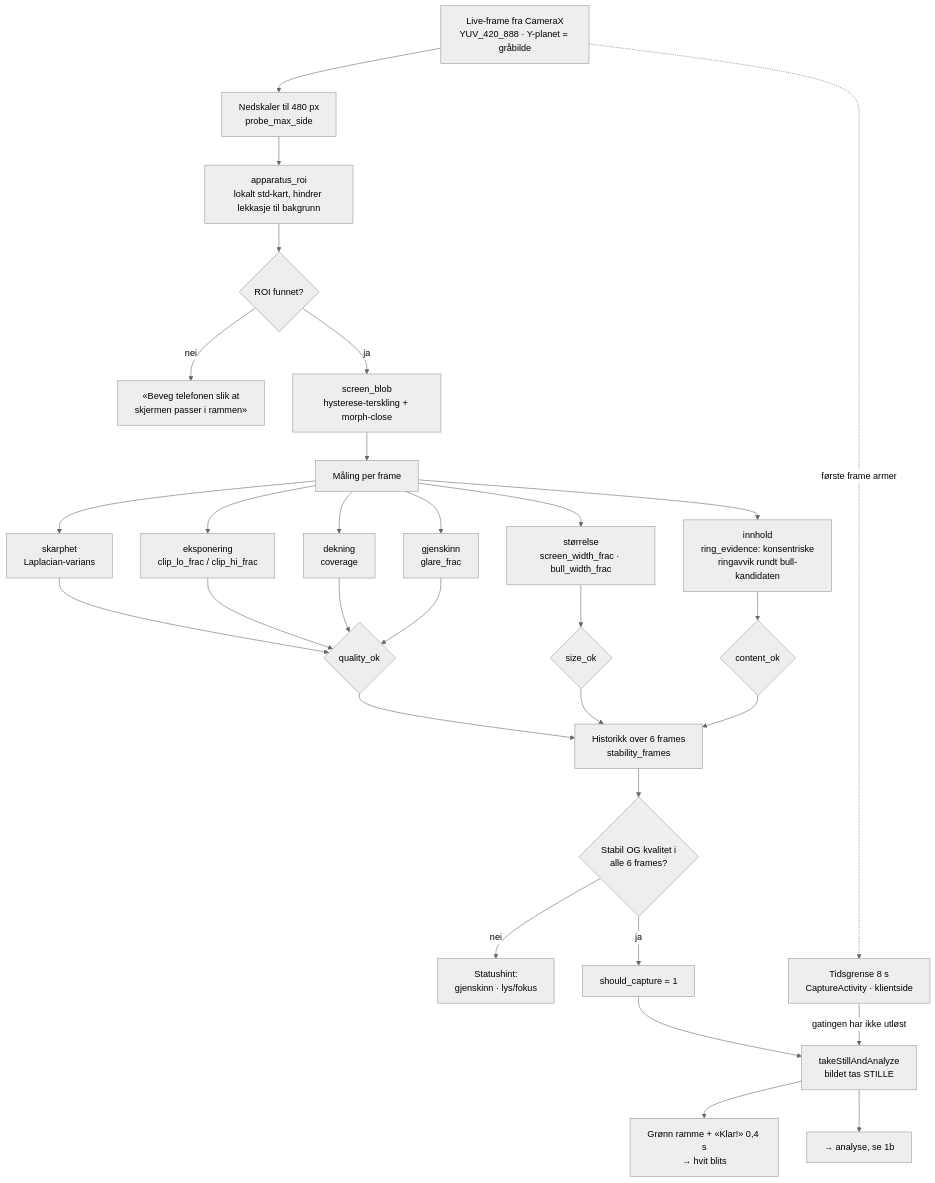
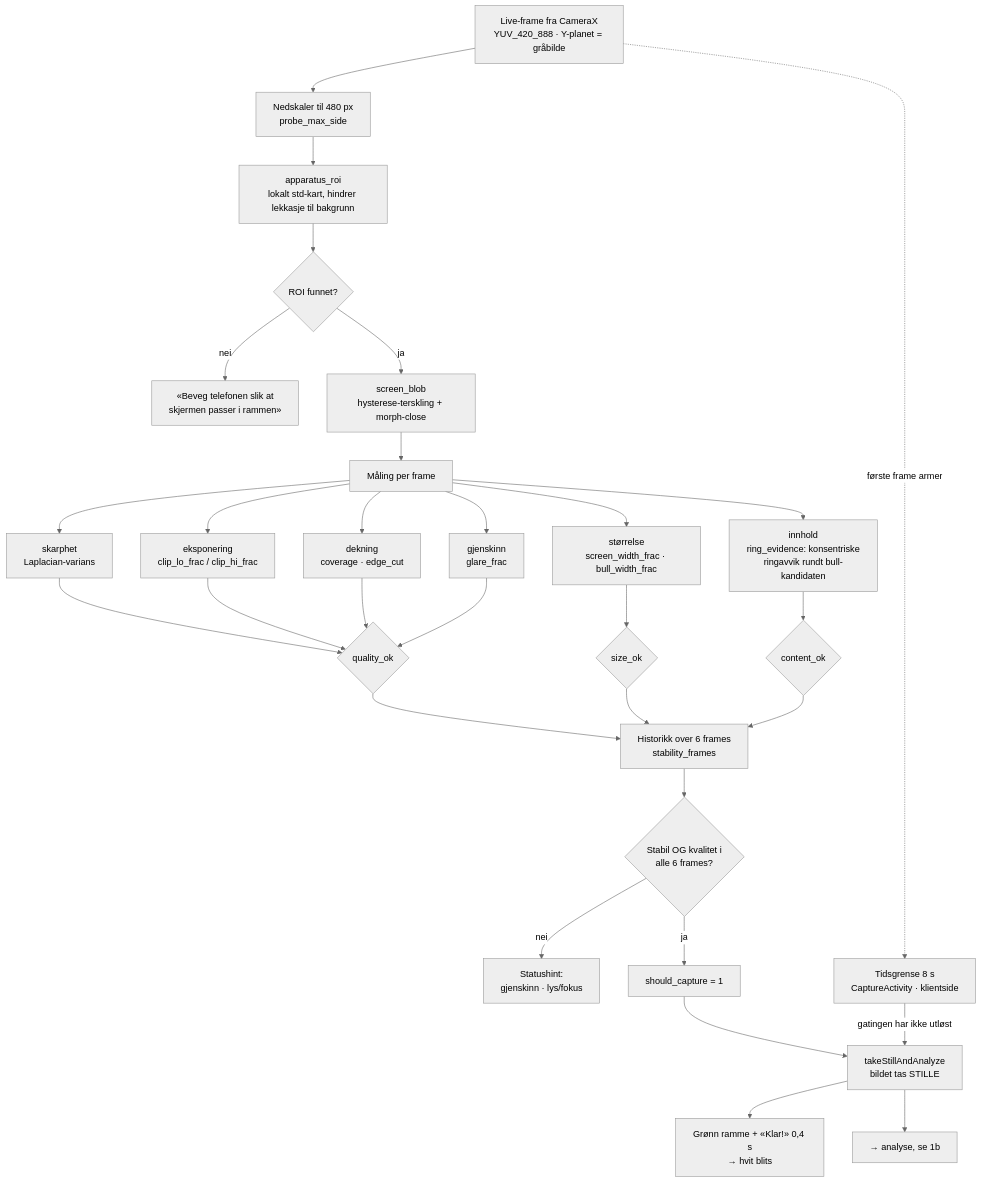
Before and after one commit to mrleenudler/bestefar: the first of 4 diagrams in docs/flytskjema.md, drawn with Mermaid (neutral theme). The commit also changed other lines of this file and 8 other files, not shown here.

````diff
--- a/docs/flytskjema.md
+++ b/docs/flytskjema.md
@@ -24,32 +24,32 @@
 ```mermaid
 flowchart TD
     A["Live-frame fra CameraX<br/>YUV_420_888 · Y-planet = gråbilde"] --> B["Nedskaler til 480 px<br/>probe_max_side"]
     B --> C["apparatus_roi<br/>lokalt std-kart, hindrer lekkasje til bakgrunn"]
     C --> D{"ROI funnet?"}
     D -->|"nei"| T1["«Beveg telefonen slik at<br/>skjermen passer i rammen»"]
     D -->|"ja"| E["screen_blob<br/>hysterese-terskling + morph-close"]
     E --> F["Måling per frame"]
     F --> G1["skarphet<br/>Laplacian-varians"]
     F --> G2["eksponering<br/>clip_lo_frac / clip_hi_frac"]
-    F --> G3["dekning<br/>coverage"]
+    F --> G3["dekning<br/>coverage · edge_cut"]
     F --> G4["gjenskinn<br/>glare_frac"]
     F --> G5["størrelse<br/>screen_width_frac · bull_width_frac"]
     F --> G6["innhold<br/>ring_evidence: konsentriske<br/>ringavvik rundt bull-kandidaten"]
     G1 --> Q{"quality_ok"}
     G2 --> Q
     G3 --> Q
     G4 --> Q
     G5 --> S{"size_ok"}
     G6 --> N{"content_ok"}
     Q --> H["Historikk over 6 frames<br/>stability_frames"]
     S --> H
     N --> H
     H --> I{"Stabil OG kvalitet i<br/>alle 6 frames?"}
     I -->|"nei"| T2["Statushint:<br/>gjenskinn · lys/fokus"]
     I -->|"ja"| J["should_capture = 1"]
     J --> K["takeStillAndAnalyze<br/>bildet tas STILLE"]
     K --> L["Grønn ramme + «Klar!» 0,4 s<br/>→ hvit blits"]
     K --> M["→ analyse, se 1b"]
     A -.->|"første frame armer"| TO["Tidsgrense 8 s<br/>CaptureActivity · klientside"]
     TO -->|"gatingen har ikke utløst"| K
 ```
````
